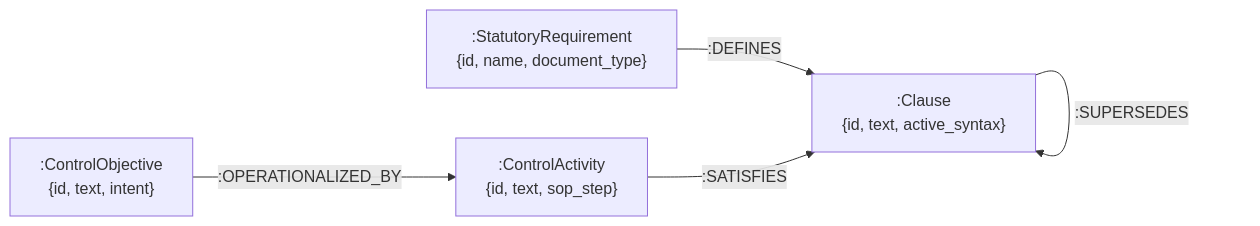
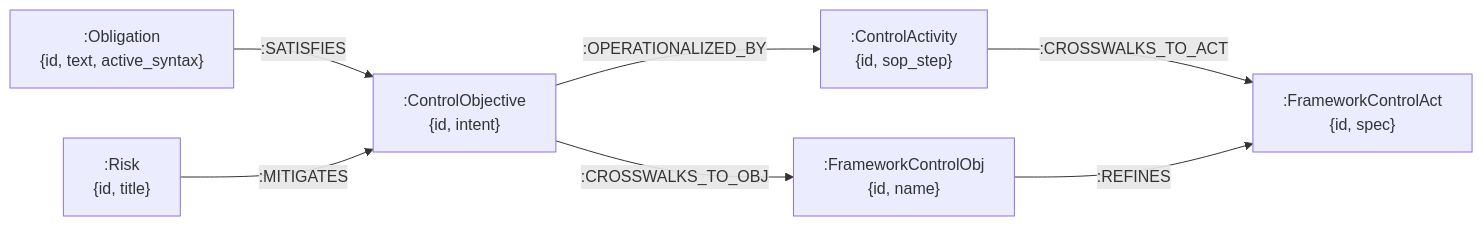
One commit to celestialcrusader/risk-control-kg changed the third of 4 diagrams in docs/00-master/03-technical-requirement-doc.md. Above: the diagram before and after it, drawn with Mermaid. The commit also changed other lines of this file and 241 other files, not shown here.

````diff
--- a/docs/00-master/03-technical-requirement-doc.md
+++ b/docs/00-master/03-technical-requirement-doc.md
@@ -164,7 +226,9 @@
 ```mermaid
 graph LR
-    SR[":StatutoryRequirement<br/>{id, name, document_type}"] -->|:DEFINES| C[":Clause<br/>{id, text, active_syntax}"]
-    CO[":ControlObjective<br/>{id, text, intent}"] -->|:OPERATIONALIZED_BY| CA[":ControlActivity<br/>{id, text, sop_step}"]
-    CA -->|:SATISFIES| C
-    C -->|:SUPERSEDES| C
+    OBL[":Obligation<br/>{id, text, active_syntax}"] -->|:SATISFIES| CO[":ControlObjective<br/>{id, intent}"]
+    CO -->|:OPERATIONALIZED_BY| CA[":ControlActivity<br/>{id, sop_step}"]
+    CO -->|:CROSSWALKS_TO_OBJ| FCO[":FrameworkControlObj<br/>{id, name}"]
+    CA -->|:CROSSWALKS_TO_ACT| FCA[":FrameworkControlAct<br/>{id, spec}"]
+    FCO -->|:REFINES| FCA
+    RISK[":Risk<br/>{id, title}"] -->|:MITIGATES| CO
 ```
````
